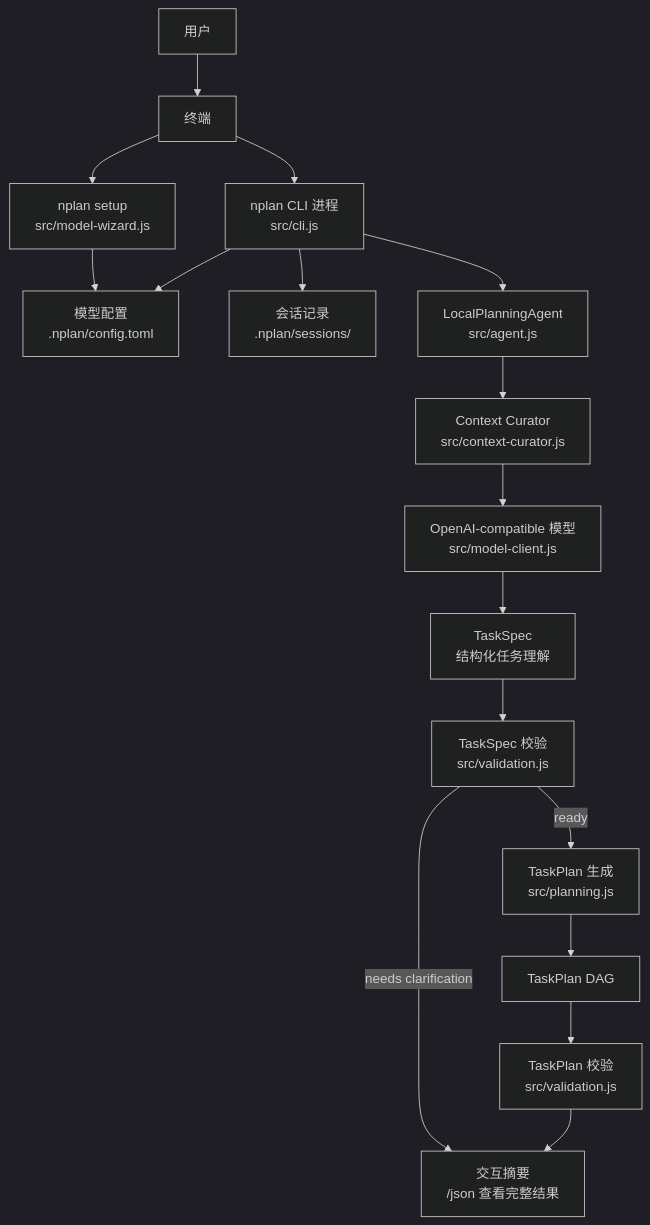
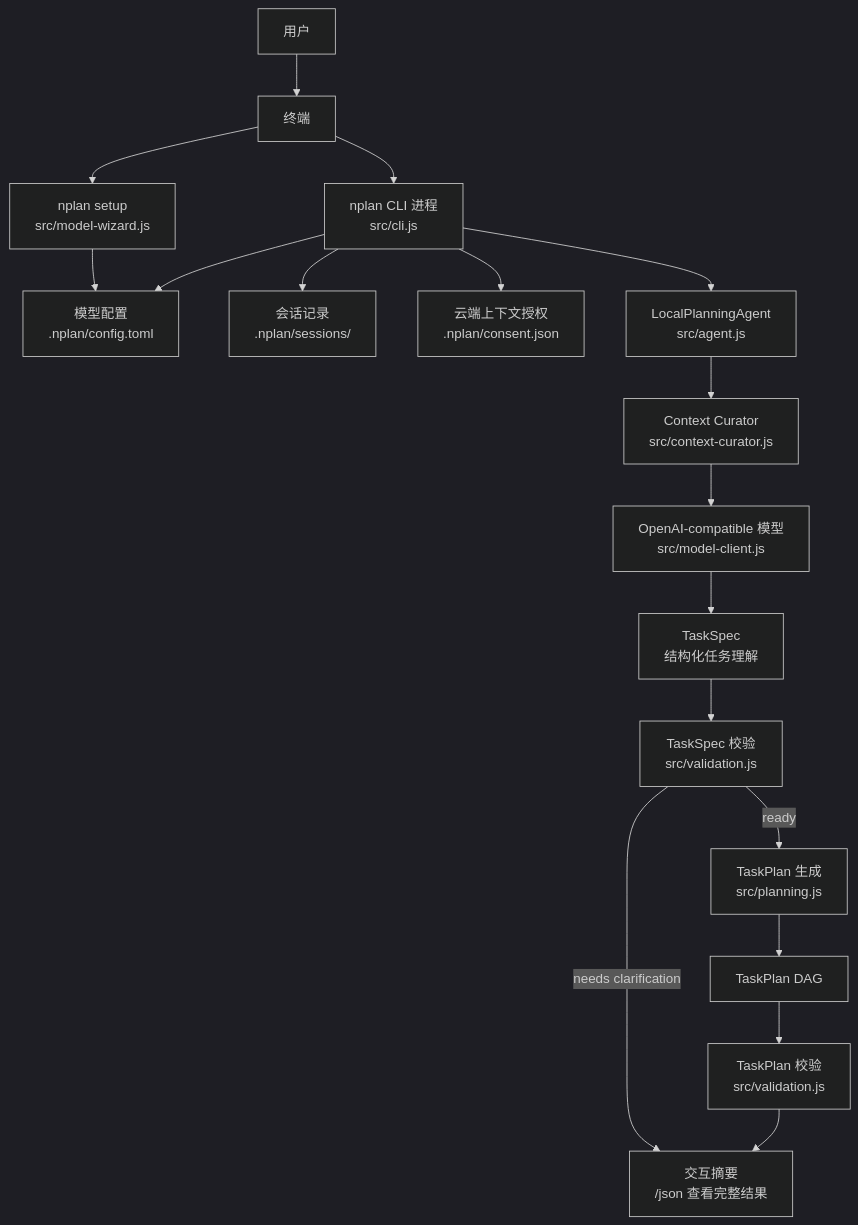
Before and after one commit to xqct0001/nplan: the first of 4 diagrams in docs/nplan_process_task_obsidian.md, drawn with Mermaid (dark theme). The commit also changed other lines of this file and 9 other files, not shown here.

````diff
--- a/docs/nplan_process_task_obsidian.md
+++ b/docs/nplan_process_task_obsidian.md
@@ -53,35 +54,37 @@
 ```mermaid
 flowchart TD
   User["用户"]
   Shell["终端"]
   CLI["nplan CLI 进程<br/>src/cli.js"]
   Setup["nplan setup<br/>src/model-wizard.js"]
   Config["模型配置<br/>.nplan/config.toml"]
   Session["会话记录<br/>.nplan/sessions/"]
+  Consent["云端上下文授权<br/>.nplan/consent.json"]
   Agent["LocalPlanningAgent<br/>src/agent.js"]
   Context["Context Curator<br/>src/context-curator.js"]
   Model["OpenAI-compatible 模型<br/>src/model-client.js"]
   Spec["TaskSpec<br/>结构化任务理解"]
   SpecCheck["TaskSpec 校验<br/>src/validation.js"]
   Planner["TaskPlan 生成<br/>src/planning.js"]
   Plan["TaskPlan DAG"]
   PlanCheck["TaskPlan 校验<br/>src/validation.js"]
   Summary["交互摘要<br/>/json 查看完整结果"]
 
   User --> Shell
   Shell --> CLI
   Shell --> Setup
   Setup --> Config
   CLI --> Config
   CLI --> Session
+  CLI --> Consent
   CLI --> Agent
   Agent --> Context
   Context --> Model
   Model --> Spec
   Spec --> SpecCheck
   SpecCheck -->|"ready"| Planner
   SpecCheck -->|"needs clarification"| Summary
   Planner --> Plan
   Plan --> PlanCheck
   PlanCheck --> Summary
 ```
````
